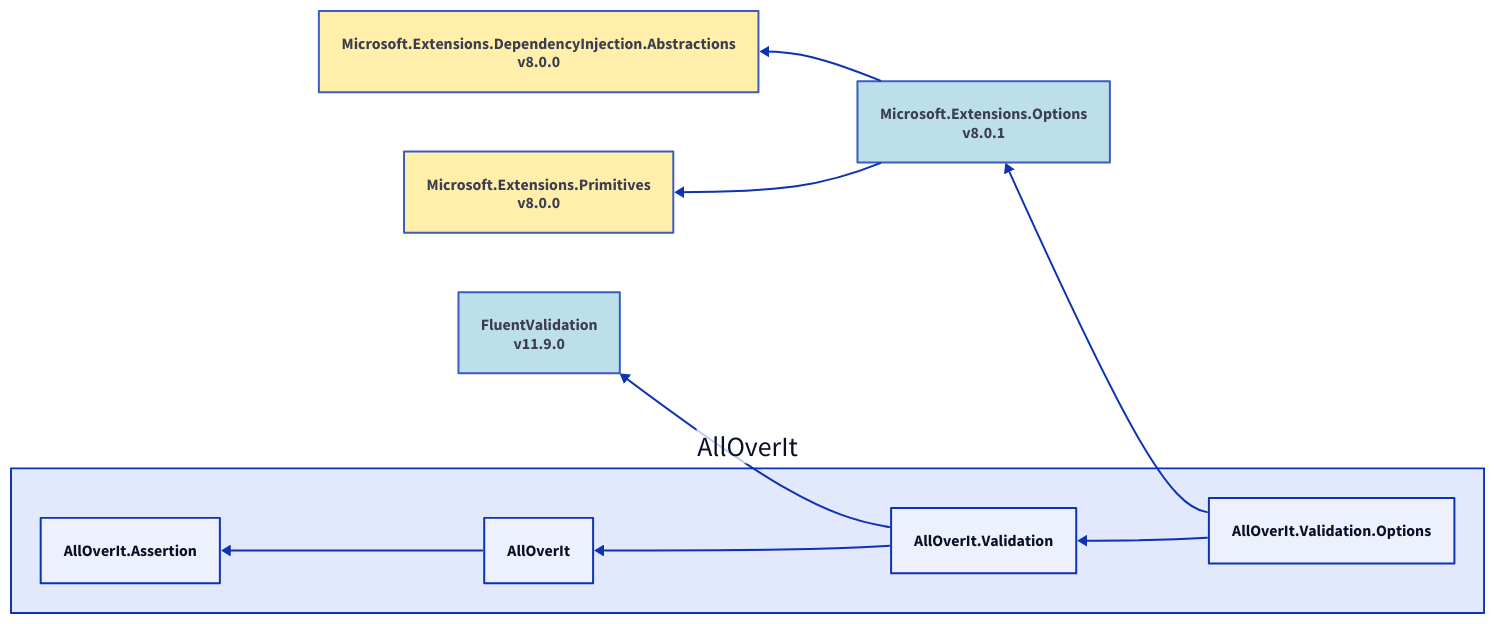
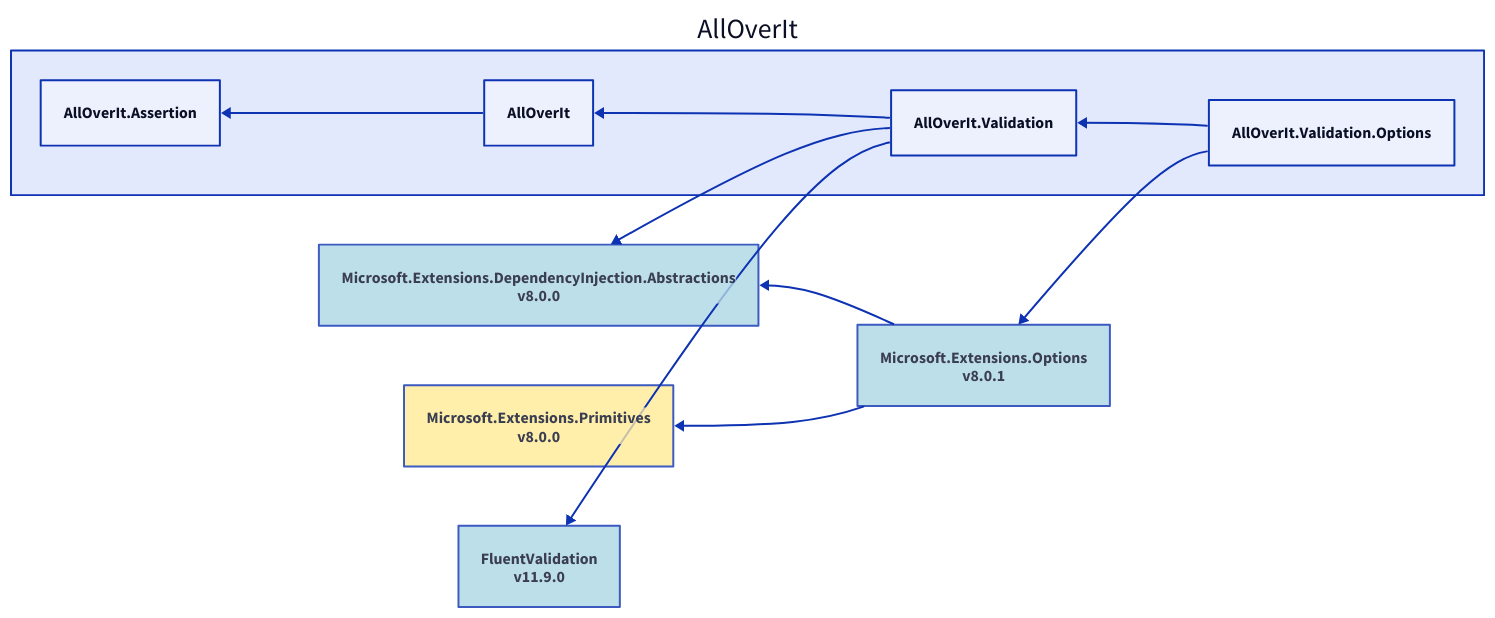
The diagram in Docs/Reference/Content/images/dependencies/net6.0/alloverit-validation-options.d2 (mjfreelancing/AllOverIt), drawn with D2 before and after one commit. The commit also changed 144 other files, not shown here.

```diff
--- a/Docs/Reference/Content/images/dependencies/net6.0/alloverit-validation-options.d2
+++ b/Docs/Reference/Content/images/dependencies/net6.0/alloverit-validation-options.d2
@@ -1,26 +1,27 @@
 direction: left
 
 aoi: AllOverIt
 aoi.alloverit-validation-options: AllOverIt.Validation.Options
 microsoft-extensions-options_8-0-1: Microsoft.Extensions.Options\nv8.0.1
 microsoft-extensions-options_8-0-1.style.fill: "#ADD8E6"
 microsoft-extensions-options_8-0-1.style.opacity: 0.8
 microsoft-extensions-dependencyinjection-abstractions_8-0-0: Microsoft.Extensions.DependencyInjection.Abstractions\nv8.0.0
-microsoft-extensions-dependencyinjection-abstractions_8-0-0.style.fill: "#FFEC96"
 microsoft-extensions-dependencyinjection-abstractions_8-0-0.style.opacity: 0.8
+microsoft-extensions-dependencyinjection-abstractions_8-0-0.style.fill: "#ADD8E6"
 microsoft-extensions-dependencyinjection-abstractions_8-0-0 <- microsoft-extensions-options_8-0-1
 microsoft-extensions-primitives_8-0-0: Microsoft.Extensions.Primitives\nv8.0.0
 microsoft-extensions-primitives_8-0-0.style.fill: "#FFEC96"
 microsoft-extensions-primitives_8-0-0.style.opacity: 0.8
 microsoft-extensions-primitives_8-0-0 <- microsoft-extensions-options_8-0-1
 microsoft-extensions-options_8-0-1 <- aoi.alloverit-validation-options
 aoi.alloverit-validation: AllOverIt.Validation
 fluentvalidation_11-9-0: FluentValidation\nv11.9.0
 fluentvalidation_11-9-0.style.fill: "#ADD8E6"
 fluentvalidation_11-9-0.style.opacity: 0.8
 fluentvalidation_11-9-0 <- aoi.alloverit-validation
+microsoft-extensions-dependencyinjection-abstractions_8-0-0 <- aoi.alloverit-validation
 aoi.alloverit: AllOverIt
 aoi.alloverit-assertion: AllOverIt.Assertion
 aoi.alloverit-assertion <- aoi.alloverit
 aoi.alloverit <- aoi.alloverit-validation
 aoi.alloverit-validation <- aoi.alloverit-validation-options
```
